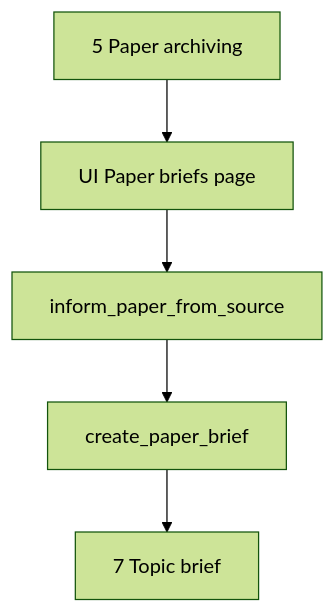
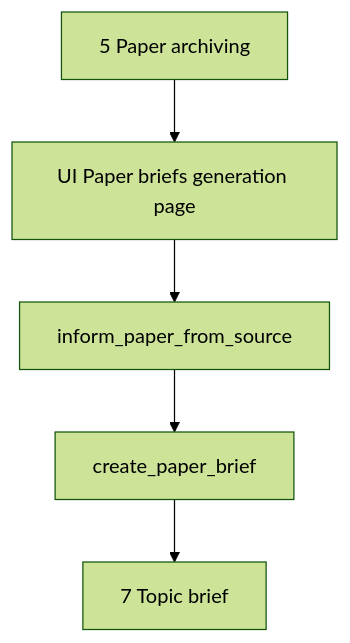
The diagram in docs/specs/06-paper-briefs-generation.md (GustavoRusso/paper-reviewer), drawn with Mermaid (forest theme) before and after one commit. The commit also changed other lines of this file and 11 other files, not shown here.

Commit message:
modified docs to separate terms: Paper brief (result artifact) and Paper briefs generation (workflow step).

````diff
--- a/docs/specs/06-paper-briefs-generation.md
+++ b/docs/specs/06-paper-briefs-generation.md
@@ -52,12 +54,12 @@
 ```mermaid
 flowchart TB
   archive[5 Paper archiving]
-  ui[UI Paper briefs page]
+  ui[UI Paper briefs generation page]
   inform[inform_paper_from_source]
   briefJob[create_paper_brief]
   topic[7 Topic brief]
   archive --> ui
   ui --> inform
   inform --> briefJob
   briefJob --> topic
 ```
````
